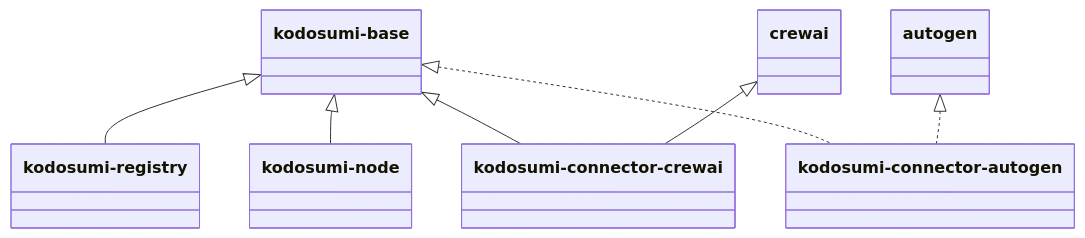
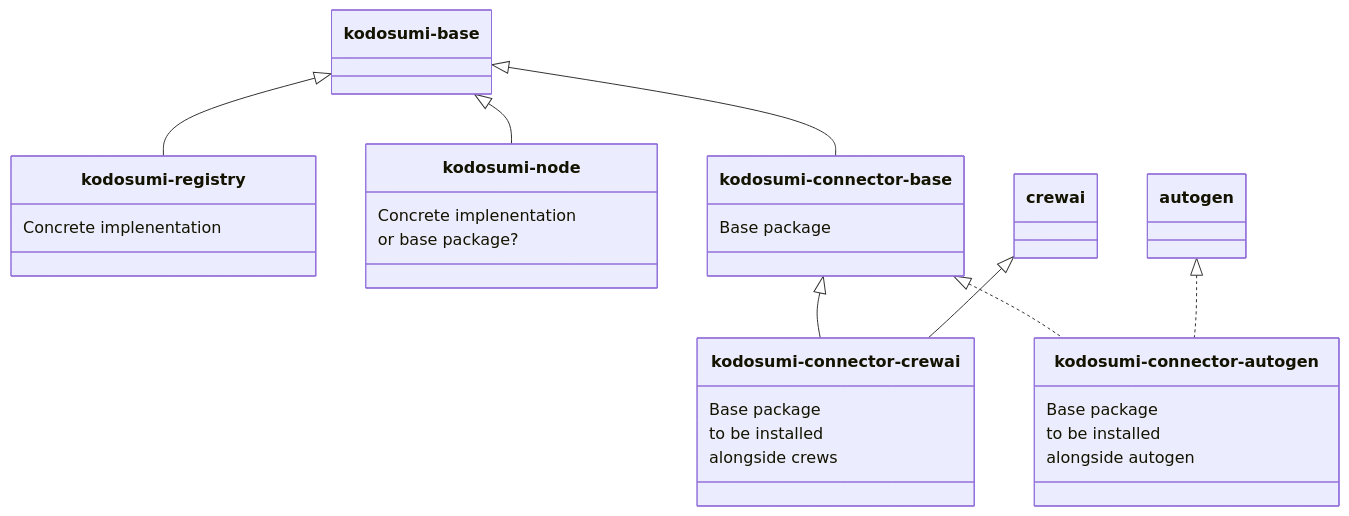
Before and after one commit to jarekjaryszew/kodo-about: the diagram in KodosumiCodebase.md, drawn with Mermaid. The commit also changed 1 other file, not shown here.

Commit message:
Update Workers.md and KodosumiCodebase.md

````diff
--- a/KodosumiCodebase.md
+++ b/KodosumiCodebase.md
@@ -5,9 +5,35 @@
 ```mermaid
 classDiagram
     kodosumi-base <|-- kodosumi-registry
     kodosumi-base <|-- kodosumi-node
-    kodosumi-base <|-- kodosumi-connector-crewai
-    kodosumi-base <|.. kodosumi-connector-autogen
+    kodosumi-base <|-- kodosumi-connector-base
+    kodosumi-connector-base <|-- kodosumi-connector-crewai
+    kodosumi-connector-base <|.. kodosumi-connector-autogen
     crewai <|-- kodosumi-connector-crewai
     autogen <|.. kodosumi-connector-autogen
+
+    class kodosumi-registry{
+        Concrete implenentation
+    }
+
+    class kodosumi-node{
+        Concrete implenentation
+        or base package?
+    }
+
+    class kodosumi-connector-base{
+        Base package
+    }
+
+    class kodosumi-connector-crewai{
+        Base package
+        to be installed
+        alongside crews
+    }
+
+    class kodosumi-connector-autogen{
+        Base package
+        to be installed
+        alongside autogen
+    }
 ```
````
